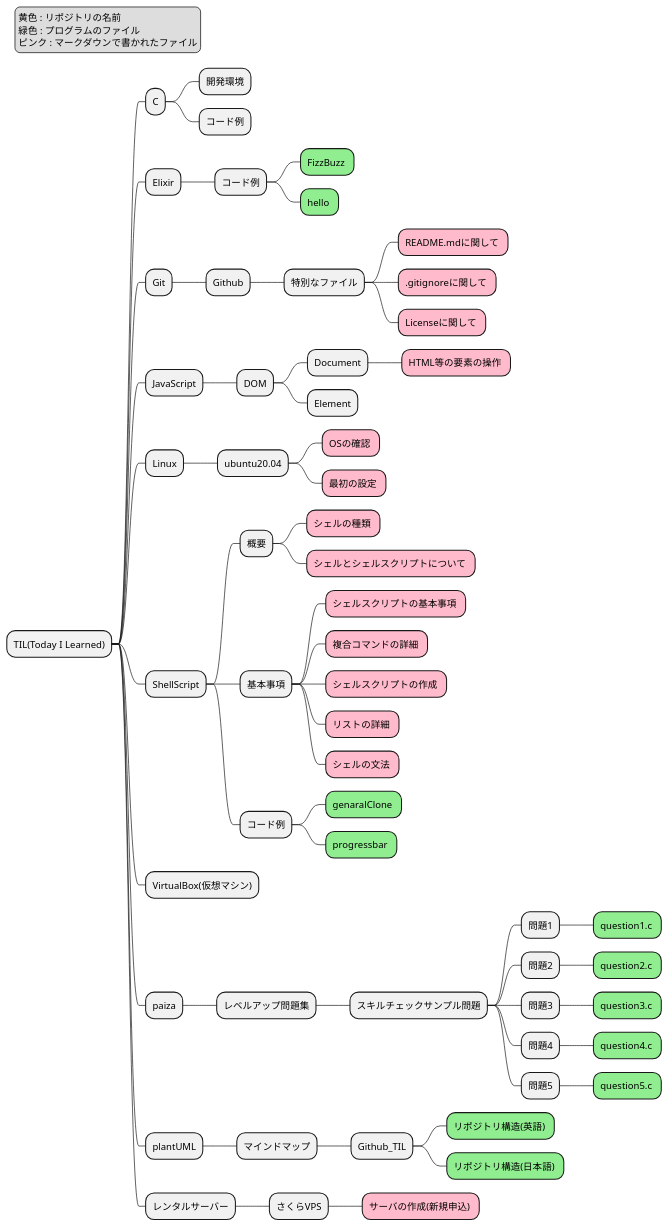
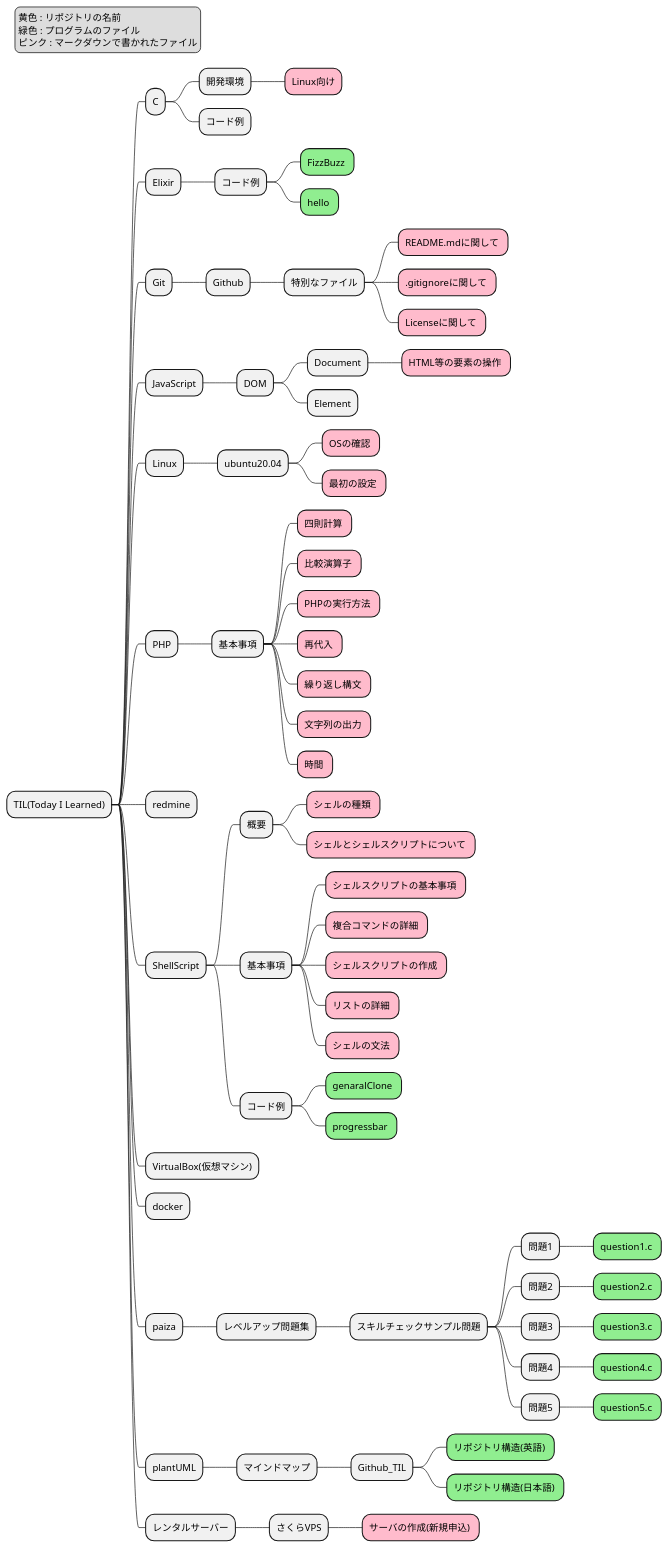
Before and after one commit to sudo-roa/TIL: the diagram in plantUML/MindMap/Github_TIL/RepositoryStructureJ.puml, drawn with PlantUML. The commit also changed 4 other files, not shown here.

```diff
--- a/plantUML/MindMap/Github_TIL/RepositoryStructureJ.puml
+++ b/plantUML/MindMap/Github_TIL/RepositoryStructureJ.puml
@@ -1,89 +1,104 @@
 @startmindmap RepositoryStructureJ
 <style>
 mindmapDiagram {
   .green {
     BackgroundColor #90ee90
   }
   .rose {
     BackgroundColor #FFBBCC
   }
 }
 </style>
 
 * TIL(Today I Learned)
 
 ** C
 *** 開発環境
+**** Linux向け<<rose>>
 *** コード例
 
 ** Elixir
 *** コード例
 **** FizzBuzz <<green>>
 **** hello <<green>>
 
 ** Git
 *** Github
 **** 特別なファイル
 ***** README.mdに関して <<rose>>
 ***** .gitignoreに関して <<rose>>
 ***** Licenseに関して <<rose>>
 
 ** JavaScript
 *** DOM
 **** Document
 ***** HTML等の要素の操作 <<rose>>
 **** Element
 
 ** Linux
 *** ubuntu20.04
 **** OSの確認 <<rose>>
 **** 最初の設定 <<rose>>
 
+** PHP
+*** 基本事項
+**** 四則計算 <<rose>> 
+**** 比較演算子 <<rose>>
+**** PHPの実行方法 <<rose>>
+**** 再代入 <<rose>>
+**** 繰り返し構文 <<rose>>
+**** 文字列の出力 <<rose>>
+**** 時間 <<rose>>
+
+** redmine
+
 ** ShellScript
 *** 概要
 **** シェルの種類 <<rose>>
 **** シェルとシェルスクリプトについて <<rose>>
 *** 基本事項
 **** シェルスクリプトの基本事項 <<rose>>
 **** 複合コマンドの詳細 <<rose>>
 **** シェルスクリプトの作成 <<rose>>
 **** リストの詳細 <<rose>>
 **** シェルの文法 <<rose>>
 *** コード例
 **** genaralClone <<green>>
 **** progressbar <<green>>
 
 ** VirtualBox(仮想マシン)
+
+** docker
 
 ** paiza
 *** レベルアップ問題集
 **** スキルチェックサンプル問題
 ***** 問題1
 ****** question1.c <<green>>
 ***** 問題2
 ****** question2.c <<green>>
 ***** 問題3
 ****** question3.c <<green>>
 ***** 問題4
 ****** question4.c <<green>>
 ***** 問題5
 ****** question5.c <<green>>
 
 ** plantUML
 *** マインドマップ
 **** Github_TIL
 ***** リポジトリ構造(英語) <<green>>
 ***** リポジトリ構造(日本語) <<green>>
 
 ** レンタルサーバー
 *** さくらVPS
 **** サーバの作成(新規申込) <<rose>>
 
 
 legend top left
     黄色 : リポジトリの名前
     緑色 : プログラムのファイル
     ピンク : マークダウンで書かれたファイル
 endlegend
 
 @endmindmap
```
